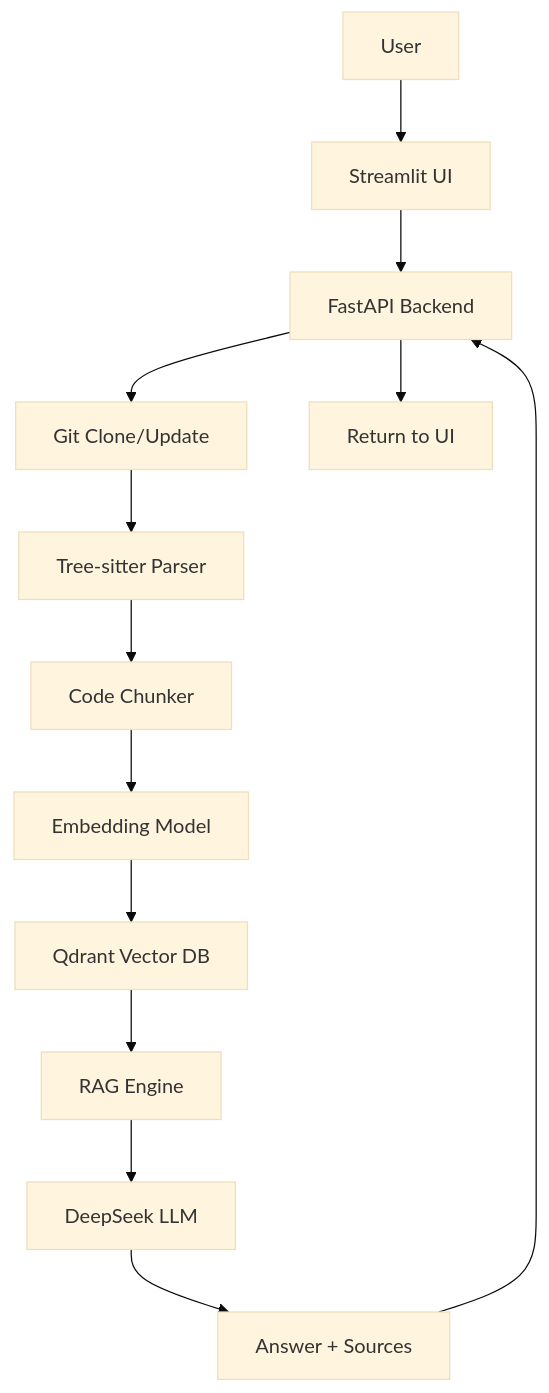
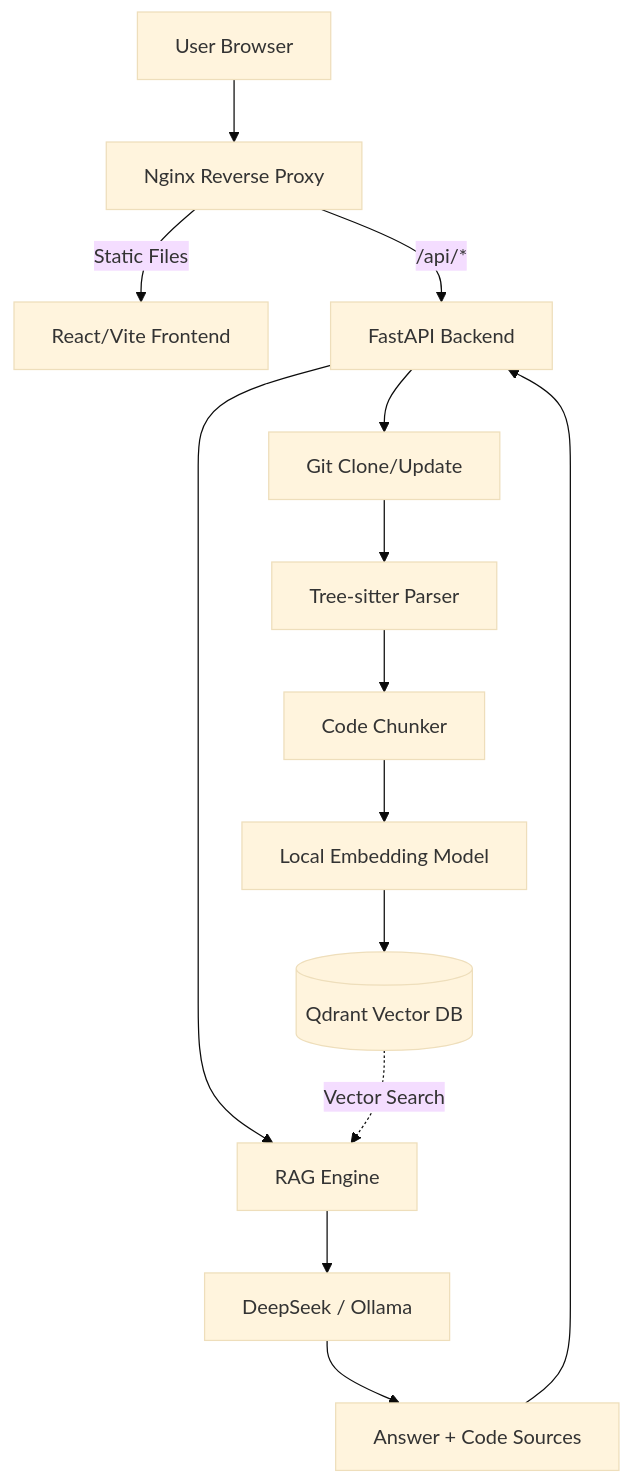
The diagram in README.md (n0namedeveloper/localRAG), drawn with Mermaid (base theme) before and after one commit. The commit also changed other lines of this file and 4 other files, not shown here.

````diff
--- a/README.md
+++ b/README.md
@@ -18,15 +45,18 @@
 ```mermaid
 graph TD
-    A[User] --> B[Streamlit UI]
-    B --> C[FastAPI Backend]
-    C --> D[Git Clone/Update]
-    D --> E[Tree-sitter Parser]
-    E --> F[Code Chunker]
-    F --> G[Embedding Model]
-    G --> H[Qdrant Vector DB]
-    H --> I[RAG Engine]
-    I --> J[DeepSeek LLM]
-    J --> K[Answer + Sources]
-    K --> C
-    C --> L[Return to UI]
+    A[User Browser] --> B[Nginx Reverse Proxy]
+    B -->|Static Files| C[React/Vite Frontend]
+    B -->|/api/*| D[FastAPI Backend]
+    
+    D --> E[Git Clone/Update]
+    E --> F[Tree-sitter Parser]
+    F --> G[Code Chunker]
+    G --> H[Local Embedding Model]
+    H --> I[(Qdrant Vector DB)]
+    
+    D --> J[RAG Engine]
+    I -.->|Vector Search| J
+    J --> K[DeepSeek / Ollama]
+    K --> L[Answer + Code Sources]
+    L --> D
 ```
````
